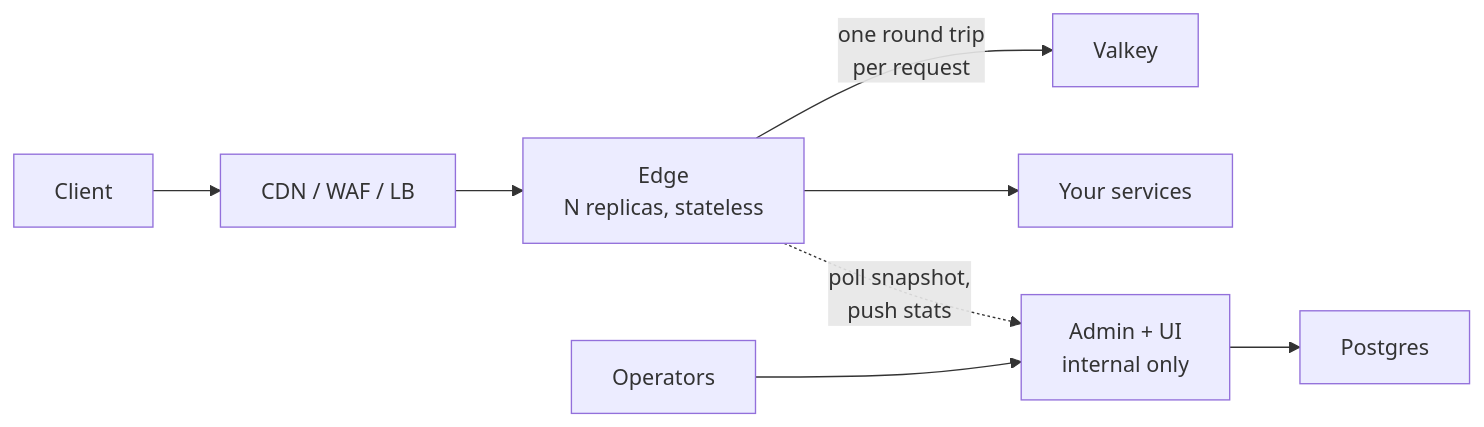
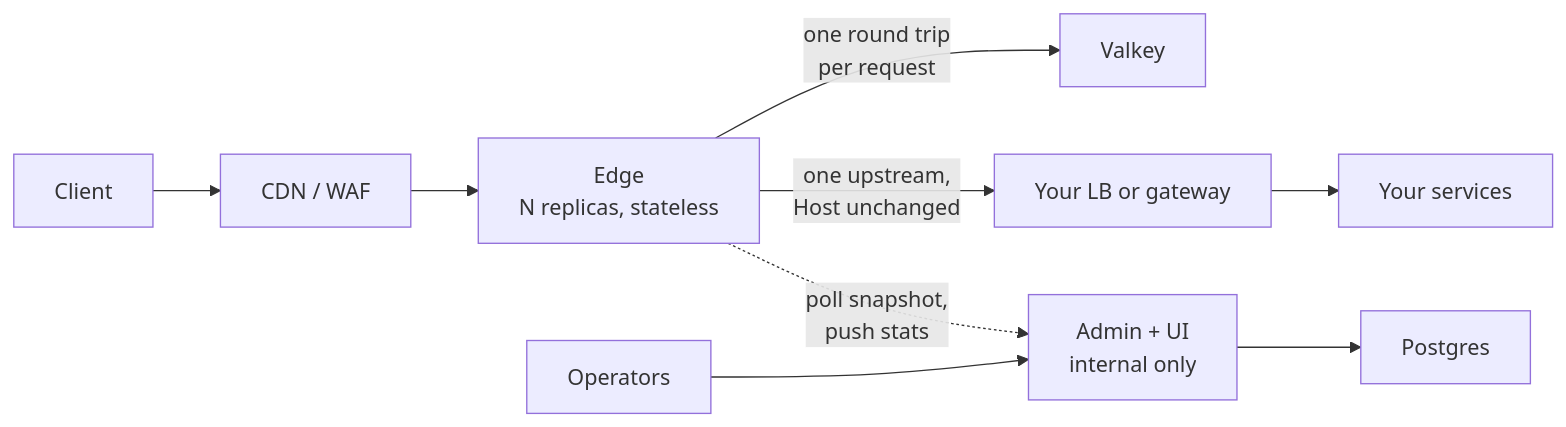
The diagram in docs/index.md (chrisleekr/edge-proxy), drawn with Mermaid before and after one commit. The commit also changed other lines of this file and 39 other files, not shown here.

````diff
--- a/docs/index.md
+++ b/docs/index.md
@@ -29,10 +29,11 @@
 ```mermaid
 flowchart LR
-    Client["Client"] --> Front["CDN / WAF / LB"]
+    Client["Client"] --> Front["CDN / WAF"]
     Front --> Edge["Edge<br/>N replicas, stateless"]
     Edge -->|"one round trip<br/>per request"| Valkey["Valkey"]
-    Edge --> Upstream["Your services"]
+    Edge -->|"one upstream,<br/>Host unchanged"| LB["Your LB or gateway"]
+    LB --> Services["Your services"]
     Edge -.->|"poll snapshot,<br/>push stats"| Admin["Admin + UI<br/>internal only"]
     Admin --> Postgres["Postgres"]
     Operator["Operators"] --> Admin
 ```
````
